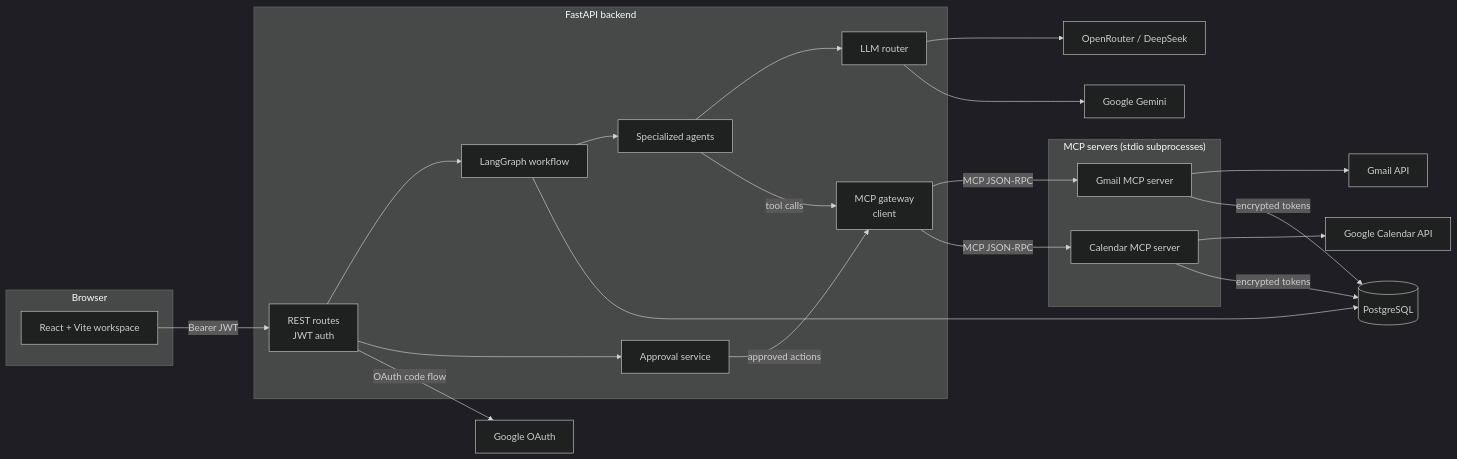
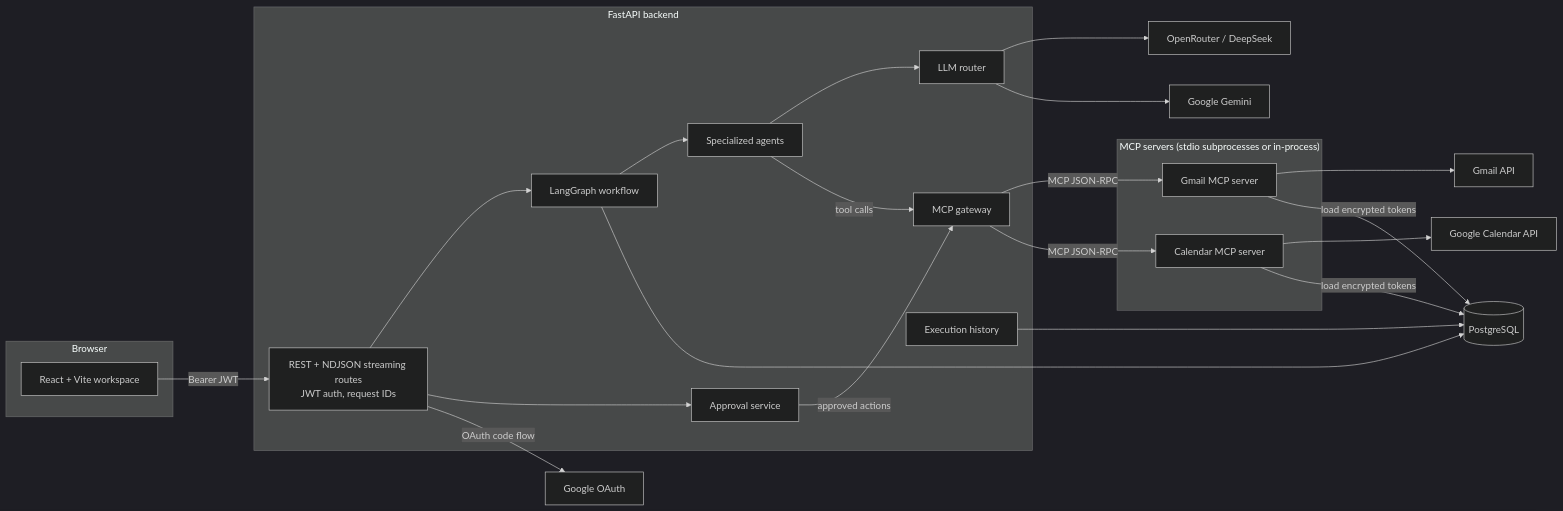
The first of 5 diagrams in README.md (harika88388/agentic-workflow-assistant), drawn with Mermaid (dark theme) before and after one commit. The commit also changed other lines of this file and 60 other files, not shown here.

````diff
--- a/README.md
+++ b/README.md
@@ -95,41 +118,43 @@
 ```mermaid
 flowchart LR
     subgraph Browser
         UI[React + Vite workspace]
     end
 
     subgraph Backend["FastAPI backend"]
-        API[REST routes<br/>JWT auth]
+        API[REST + NDJSON streaming routes<br/>JWT auth, request IDs]
         WF[LangGraph workflow]
         AG[Specialized agents]
         LLM[LLM router]
-        GW[MCP gateway<br/>client]
+        GW[MCP gateway]
         APR[Approval service]
+        HIST[Execution history]
     end
 
-    subgraph MCP["MCP servers (stdio subprocesses)"]
+    subgraph MCP["MCP servers (stdio subprocesses or in-process)"]
         GS[Gmail MCP server]
         CS[Calendar MCP server]
     end
 
     DB[(PostgreSQL)]
     OR[OpenRouter / DeepSeek]
     GE[Google Gemini]
     GA[Gmail API]
     GC[Google Calendar API]
     GO[Google OAuth]
 
     UI -- Bearer JWT --> API
     API --> WF --> AG
     AG --> LLM
     LLM --> OR & GE
     AG -- tool calls --> GW
     APR -- approved actions --> GW
     GW -- MCP JSON-RPC --> GS & CS
     GS --> GA
     CS --> GC
-    GS & CS -- encrypted tokens --> DB
+    GS & CS -- load encrypted tokens --> DB
     API --> APR
     WF --> DB
+    HIST --> DB
     API -- OAuth code flow --> GO
 ```
````
